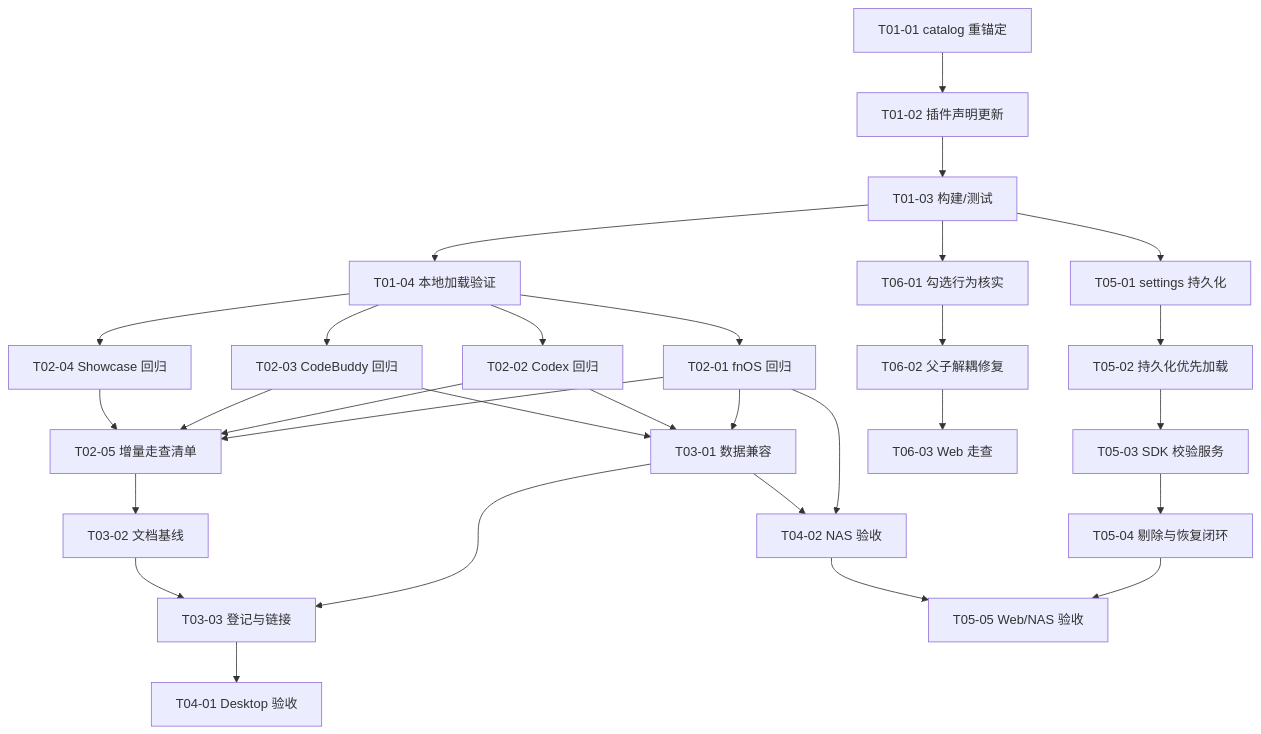
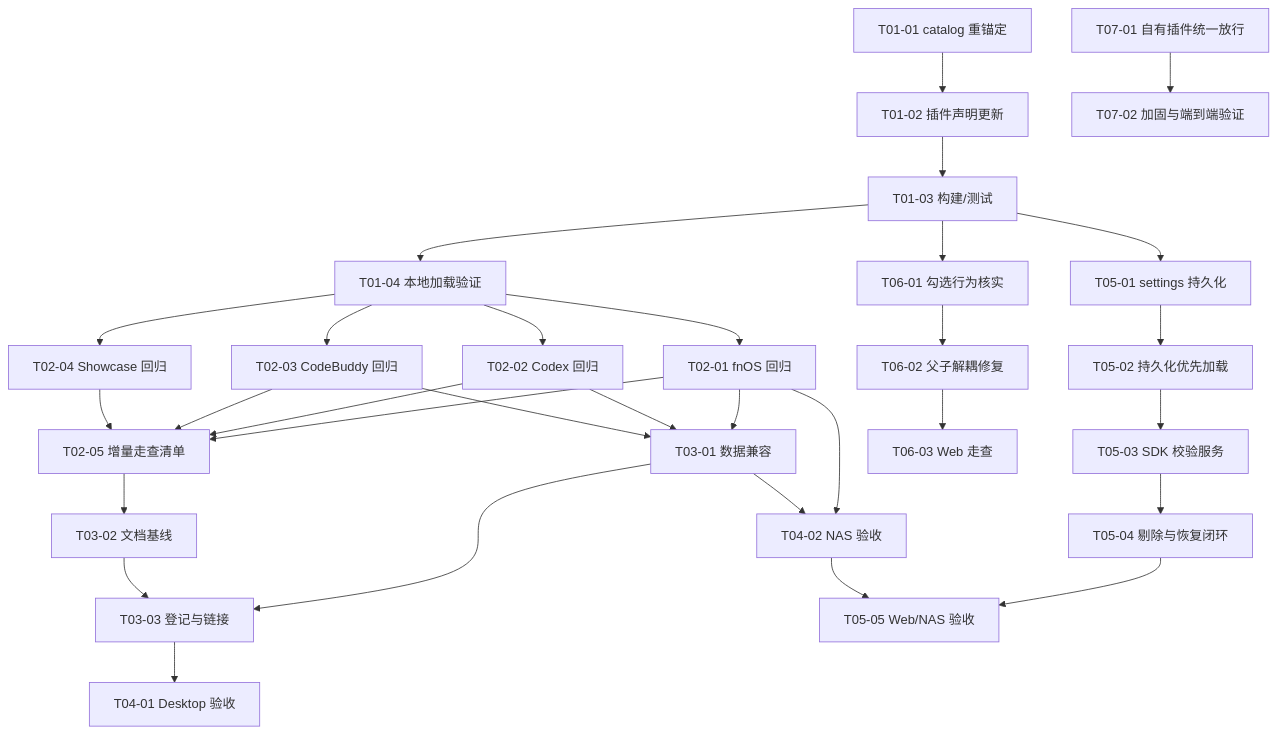
One commit to FNOSP/fnos-dsh changed the fifth of 5 diagrams in docs/plans/PLAN-FNOS-009-dsh-020-rc2-adaptation.md. Above: the diagram before and after it, drawn with Mermaid. The commit also changed other lines of this file and 2 other files, not shown here.

````diff
--- a/docs/plans/PLAN-FNOS-009-dsh-020-rc2-adaptation.md
+++ b/docs/plans/PLAN-FNOS-009-dsh-020-rc2-adaptation.md
@@ -267,32 +276,33 @@
 ```mermaid
 flowchart TD
     T01a[T01-01 catalog 重锚定] --> T01b[T01-02 插件声明更新]
     T01b --> T01c[T01-03 构建/测试]
     T01c --> T01d[T01-04 本地加载验证]
     T01d --> T02a[T02-01 fnOS 回归]
     T01d --> T02b[T02-02 Codex 回归]
     T01d --> T02c[T02-03 CodeBuddy 回归]
     T01d --> T02d[T02-04 Showcase 回归]
     T02a --> T02e[T02-05 增量走查清单]
     T02b --> T02e
     T02c --> T02e
     T02d --> T02e
     T02a --> T03a[T03-01 数据兼容]
     T02b --> T03a
     T02c --> T03a
     T02e --> T03b[T03-02 文档基线]
     T03a --> T03c[T03-03 登记与链接]
     T03b --> T03c
     T03c --> T04a[T04-01 Desktop 验收]
     T02a --> T04b[T04-02 NAS 验收]
     T03a --> T04b
     T01c --> T05a[T05-01 settings 持久化]
     T05a --> T05b[T05-02 持久化优先加载]
     T05b --> T05c[T05-03 SDK 校验服务]
     T05c --> T05d[T05-04 剔除与恢复闭环]
     T05d --> T05e[T05-05 Web/NAS 验收]
     T04b --> T05e
     T01c --> T06a[T06-01 勾选行为核实]
     T06a --> T06b[T06-02 父子解耦修复]
     T06b --> T06c[T06-03 Web 走查]
+    T07a[T07-01 自有插件统一放行] --> T07b[T07-02 加固与端到端验证]
 ```
````
